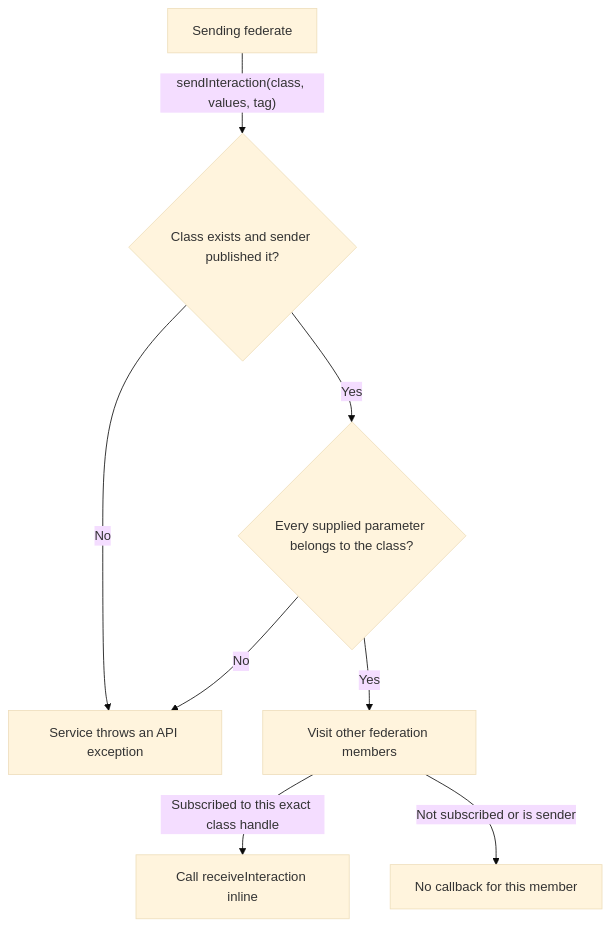
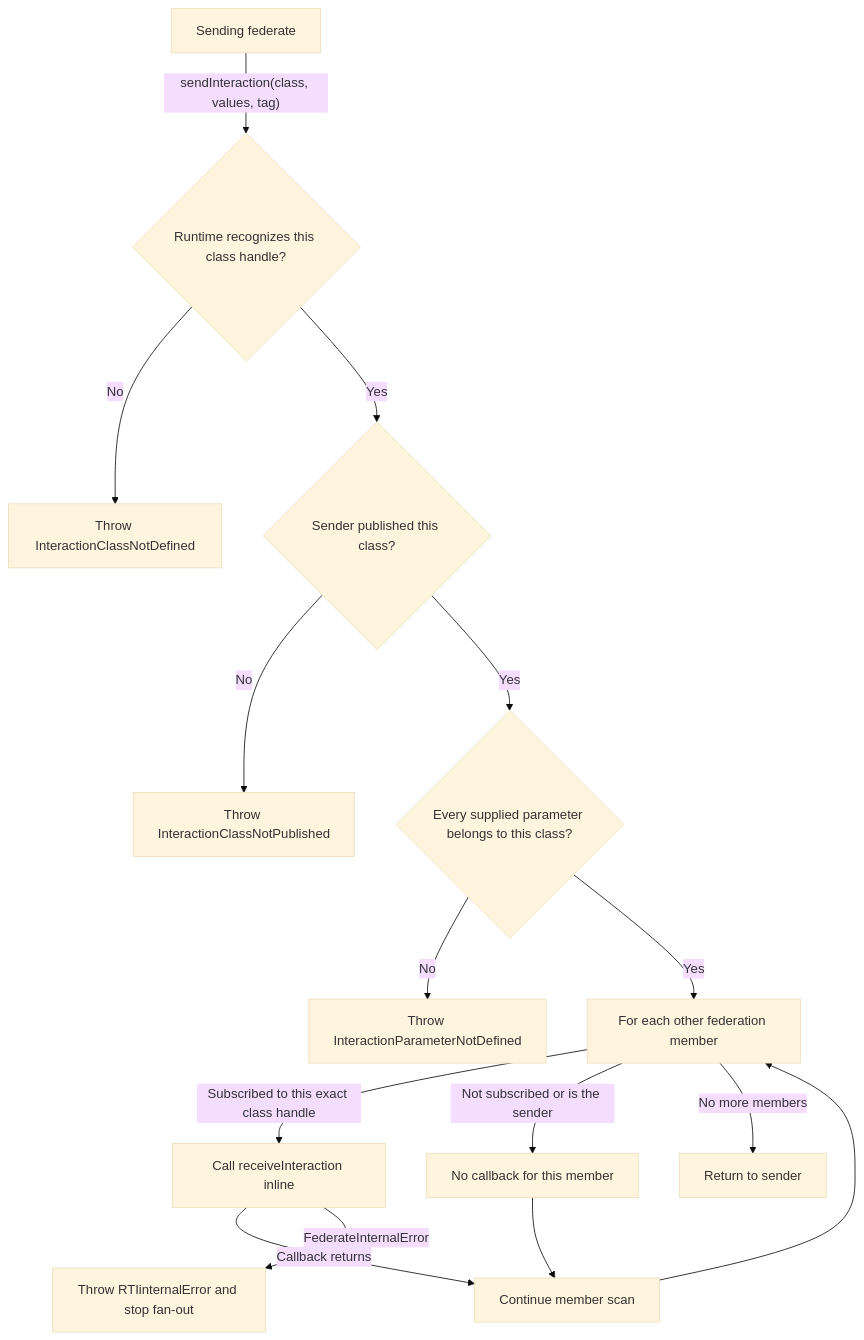
One commit to sheepfling/umbra changed the tenth of 13 diagrams in docs/design/HLA-2010-REFERENCE-RTI-FLOW-GUIDE.md. Above: the diagram before and after it, drawn with Mermaid (base theme). The commit also changed other lines of this file and 822 other files, not shown here.

````diff
--- a/docs/design/HLA-2010-REFERENCE-RTI-FLOW-GUIDE.md
+++ b/docs/design/HLA-2010-REFERENCE-RTI-FLOW-GUIDE.md
@@ -246,10 +505,17 @@
 ```mermaid
 flowchart TD
-  S["Sending federate"] -->|"sendInteraction(class, values, tag)"| G{"Class exists and sender published it?"}
-  G -->|"No"| E["Service throws an API exception"]
-  G -->|"Yes"| V{"Every supplied parameter belongs to the class?"}
-  V -->|"No"| E
-  V -->|"Yes"| F["Visit other federation members"]
+  S["Sending federate"] -->|"sendInteraction(class, values, tag)"| H{"Runtime recognizes this class handle?"}
+  H -->|"No"| HE["Throw InteractionClassNotDefined"]
+  H -->|"Yes"| P{"Sender published this class?"}
+  P -->|"No"| PE["Throw InteractionClassNotPublished"]
+  P -->|"Yes"| V{"Every supplied parameter belongs to this class?"}
+  V -->|"No"| VE["Throw InteractionParameterNotDefined"]
+  V -->|"Yes"| F["For each other federation member"]
   F -->|"Subscribed to this exact class handle"| C["Call receiveInteraction inline"]
-  F -->|"Not subscribed or is sender"| N["No callback for this member"]
+  F -->|"Not subscribed or is the sender"| N["No callback for this member"]
+  C -->|"Callback returns"| NEXT["Continue member scan"]
+  N --> NEXT
+  NEXT --> F
+  C -->|"FederateInternalError"| FAIL["Throw RTIinternalError and stop fan-out"]
+  F -->|"No more members"| DONE["Return to sender"]
 ```
````
